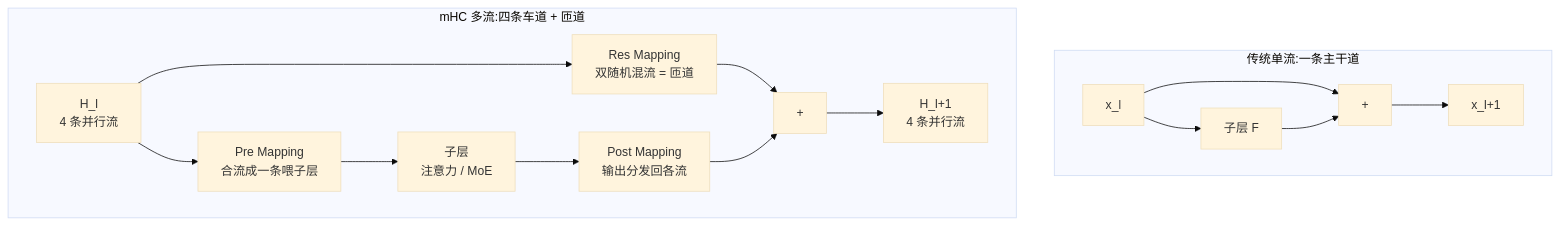
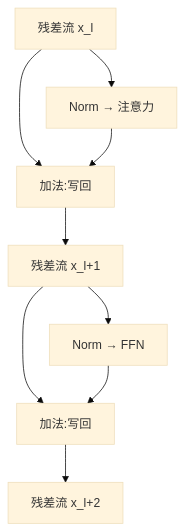
Before and after one commit to ChaoyuWang04/MockInterview: the diagram in knowledge/01-模型结构/残差流.md, drawn with Mermaid (base theme). The commit also changed other lines of this file and 4 other files, not shown here.

````diff
--- a/knowledge/01-模型结构/残差流.md
+++ b/knowledge/01-模型结构/残差流.md
@@ -102,20 +63,11 @@
 ```mermaid
-flowchart TB
-    subgraph old["传统单流:一条主干道"]
-        direction LR
-        X["x_l"] --> ADD1["+"]
-        X --> F1["子层 F"]
-        F1 --> ADD1
-        ADD1 --> Y["x_l+1"]
-    end
-    subgraph new["mHC 多流:四条车道 + 匝道"]
-        direction LR
-        H["H_l<br/>4 条并行流"] --> PRE["Pre Mapping<br/>合流成一条喂子层"]
-        PRE --> F2["子层<br/>注意力 / MoE"]
-        F2 --> POST["Post Mapping<br/>输出分发回各流"]
-        H --> RES["Res Mapping<br/>双随机混流 = 匝道"]
-        RES --> ADD2["+"]
-        POST --> ADD2
-        ADD2 --> HN["H_l+1<br/>4 条并行流"]
-    end
+flowchart TD
+    A["残差流 x_l"] --> B["Norm → 注意力"]
+    A --> C["加法:写回"]
+    B --> C
+    C --> D["残差流 x_l+1"]
+    D --> E["Norm → FFN"]
+    D --> F["加法:写回"]
+    E --> F
+    F --> G["残差流 x_l+2"]
 ```
````
